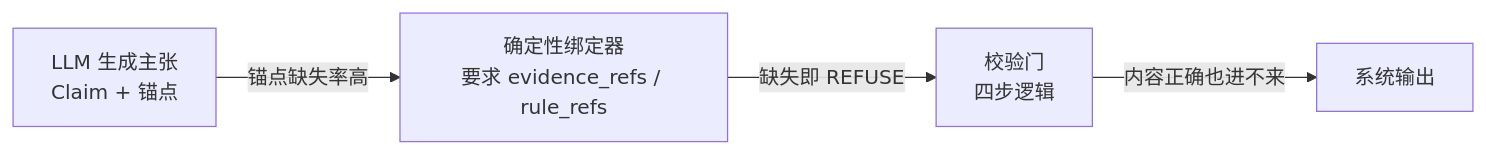
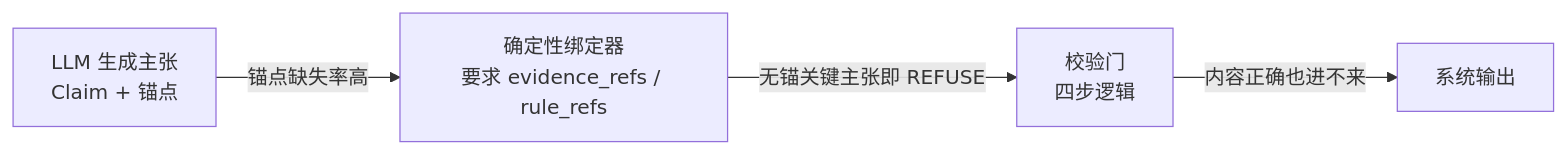
The diagram in architecture/verifier-failure-modes.md (StevenTsai/distribution-architecture), drawn with Mermaid before and after one commit. The commit also changed other lines of this file and 2 other files, not shown here.

````diff
--- a/architecture/verifier-failure-modes.md
+++ b/architecture/verifier-failure-modes.md
@@ -43,6 +43,6 @@
 ```mermaid
 flowchart LR
     LLM[LLM 生成主张<br/>Claim + 锚点] -->|锚点缺失率高| BIND[确定性绑定器<br/>要求 evidence_refs / rule_refs]
-    BIND -->|缺失即 REFUSE| GATE[校验门<br/>四步逻辑]
+    BIND -->|无锚关键主张即 REFUSE| GATE[校验门<br/>四步逻辑]
     GATE -->|内容正确也进不来| OUT[系统输出]
 ```
````
